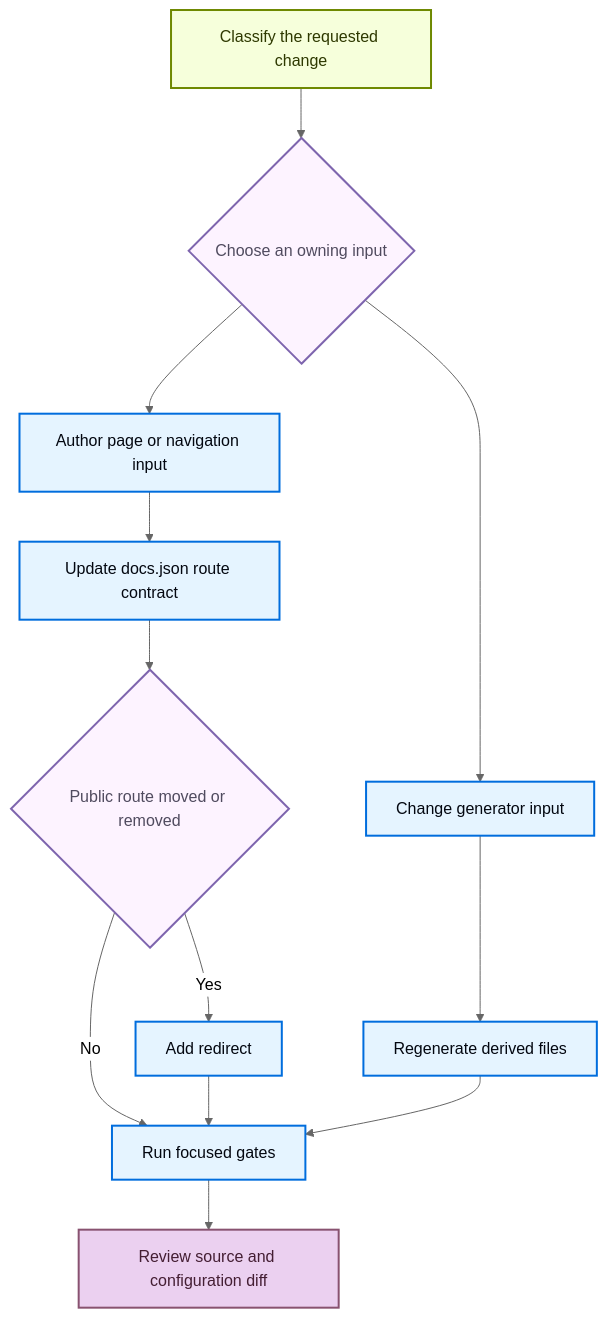
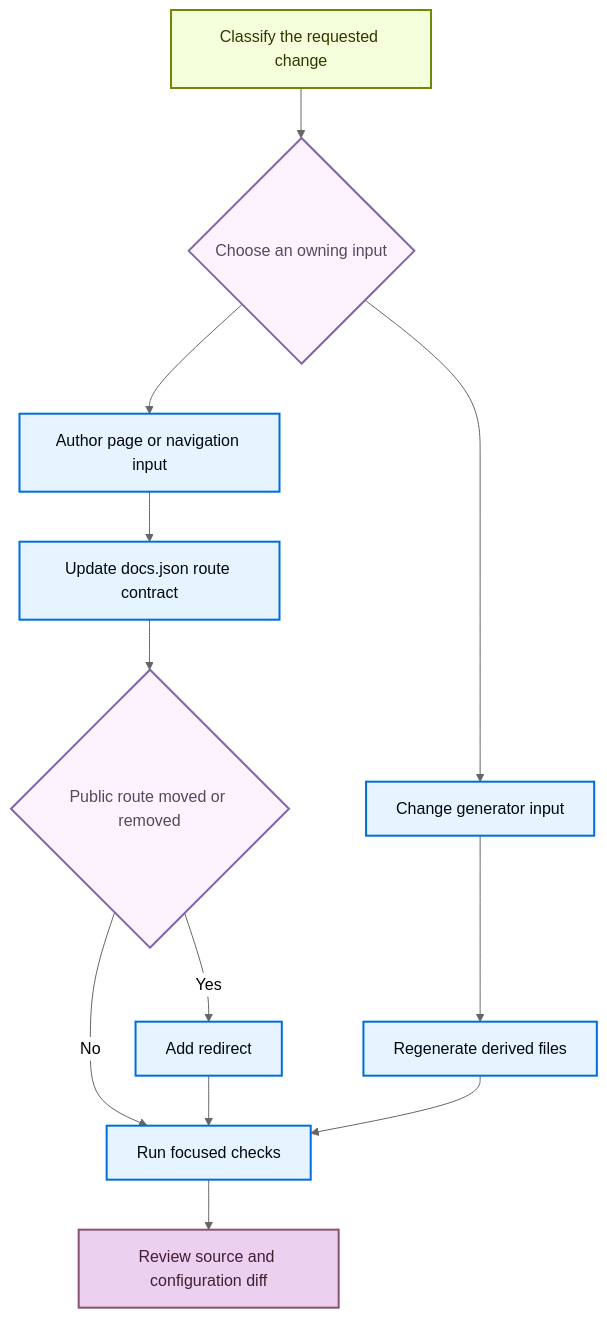
Before and after one commit to langchain-ai/docs: the diagram in openwiki/operations/adding-pages.md, drawn with Mermaid (neutral theme). The commit also changed other lines of this file and 37 other files, not shown here.

````diff
--- a/openwiki/operations/adding-pages.md
+++ b/openwiki/operations/adding-pages.md
@@ -47,22 +47,22 @@
 ```mermaid
 flowchart TD
     Start["Classify the requested change"] --> Owner{"Choose an owning input"}
     Owner --> Authored["Author page or navigation input"]
     Owner --> Generated["Change generator input"]
     Authored --> Route["Update docs.json route contract"]
     Route --> Retired{"Public route moved or removed"}
     Retired -->|"Yes"| Redirect["Add redirect"]
-    Retired -->|"No"| Gates["Run focused gates"]
+    Retired -->|"No"| Gates["Run focused checks"]
     Redirect --> Gates
     Generated --> Regenerate["Regenerate derived files"]
     Regenerate --> Gates
     Gates --> Review["Review source and configuration diff"]
     classDef process fill:#E5F4FF,stroke:#006DDD,stroke-width:2px,color:#030710
     classDef trigger fill:#F6FFDB,stroke:#6E8900,stroke-width:2px,color:#2E3900
     classDef decision fill:#FDF3FF,stroke:#7E65AE,stroke-width:2px,color:#504B5F
     classDef output fill:#EBD0F0,stroke:#885270,stroke-width:2px,color:#441E33
     class Start trigger
     class Owner,Retired decision
     class Authored,Generated,Route,Redirect,Regenerate,Gates process
     class Review output
 ```
````
